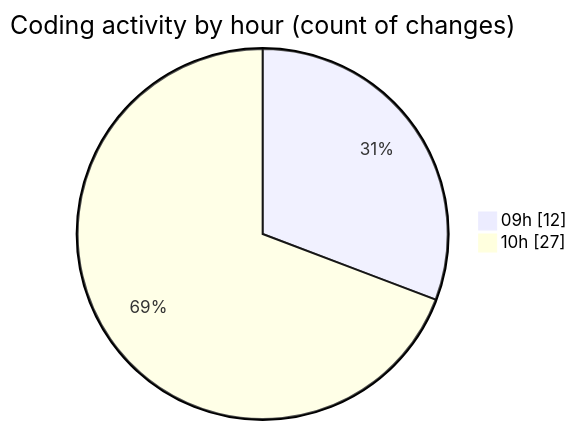
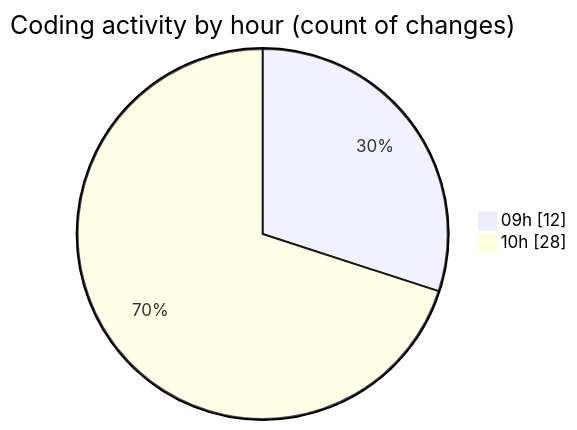
Before and after one commit to momahboobian/code-tracking: the second of 2 diagrams in 2025-02-06/cda/README.md, drawn with Mermaid. The commit also changed other lines of this file and 1 other file, not shown here.

````diff
--- a/2025-02-06/cda/README.md
+++ b/2025-02-06/cda/README.md
@@ -35,6 +35,6 @@
 ```mermaid
 pie showData
 title Coding activity by hour (count of changes)
 "09h" : 12
-"10h" : 27
+"10h" : 28
 ```
````
